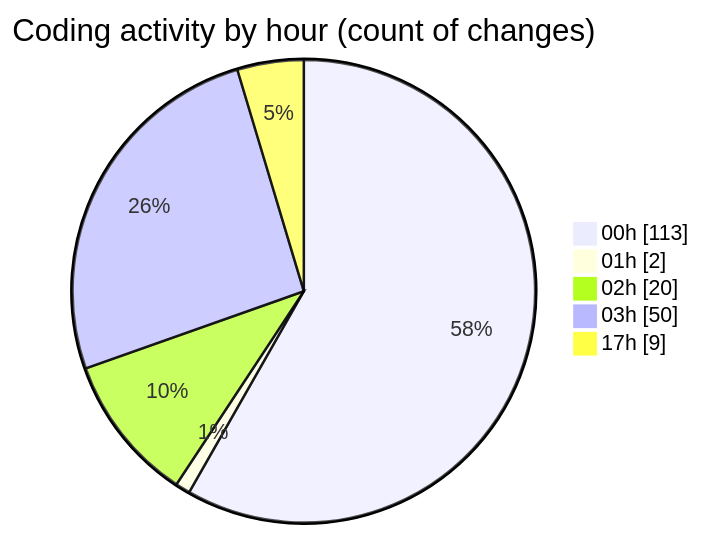
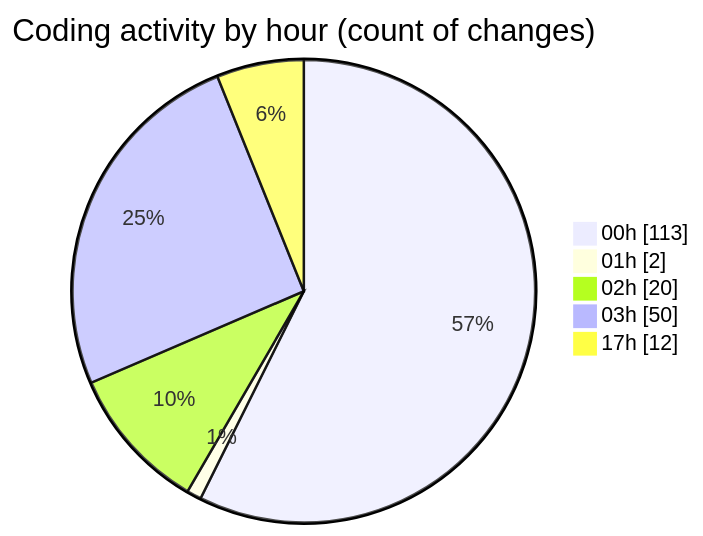
One commit to lephambinh05/code-tracking changed the second of 2 diagrams in 2025-08-06/napxuvn/README.md. Above: the diagram before and after it, drawn with Mermaid. The commit also changed other lines of this file and 1 other file, not shown here.

````diff
--- a/2025-08-06/napxuvn/README.md
+++ b/2025-08-06/napxuvn/README.md
@@ -127,9 +128,9 @@
 ```mermaid
 pie showData
 title Coding activity by hour (count of changes)
 "00h" : 113
 "01h" : 2
 "02h" : 20
 "03h" : 50
-"17h" : 9
+"17h" : 12
 ```
````
